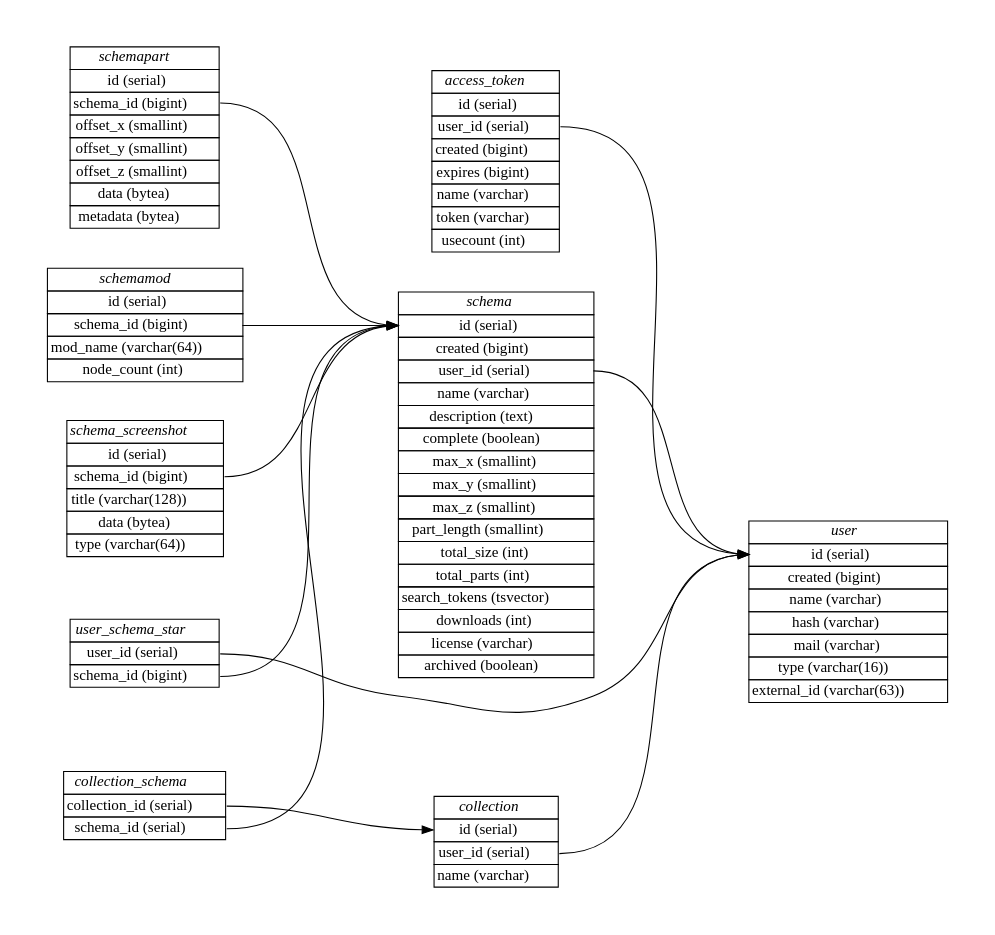
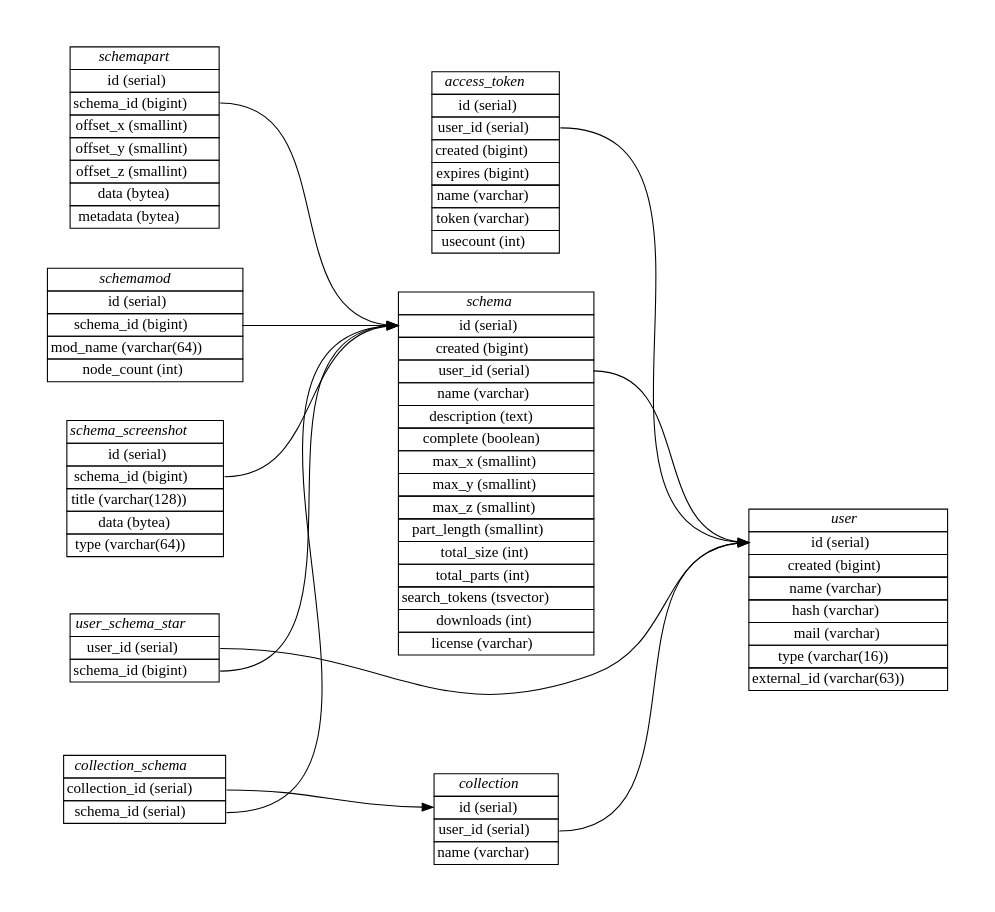
The diagram in doc/database.dot (blockexchange/blockexchange_server), drawn with Graphviz before and after one commit. The commit also changed 5 other files, not shown here.

Commit message:
remove "schema.archived" flag

```diff
--- a/doc/database.dot
+++ b/doc/database.dot
@@ -1,115 +1,114 @@
 digraph {
 	graph [pad="0.5", nodesep="0.5", ranksep="2"];
 	node [shape=plain]
 	rankdir=LR;
 
 	user [label=<
 	<table border="0" cellborder="1" cellspacing="0">
 	  <tr><td><i>user</i></td></tr>
 	  <tr><td port="1">id (serial)</td></tr>
 	  <tr><td port="2">created (bigint)</td></tr>
 	  <tr><td port="3">name (varchar)</td></tr>
 	  <tr><td port="4">hash (varchar)</td></tr>
 	  <tr><td port="5">mail (varchar)</td></tr>
 		<tr><td port="5b">type (varchar(16))</td></tr>
 		<tr><td port="5c">external_id (varchar(63))</td></tr>
 	</table>>];
 
 	access_token [label=<
 	<table border="0" cellborder="1" cellspacing="0">
 	  <tr><td><i>access_token</i></td></tr>
 	  <tr><td port="40">id (serial)</td></tr>
 		<tr><td port="41">user_id (serial)</td></tr>
 		<tr><td port="42">created (bigint)</td></tr>
 		<tr><td port="43">expires (bigint)</td></tr>
 	  <tr><td port="44">name (varchar)</td></tr>
 		<tr><td port="45">token (varchar)</td></tr>
 		<tr><td port="46">usecount (int)</td></tr>
 	</table>>];
 
 
 	schema [label=<
 	<table border="0" cellborder="1" cellspacing="0">
 	  <tr><td><i>schema</i></td></tr>
 	  <tr><td port="6">id (serial)</td></tr>
 	  <tr><td port="7">created (bigint)</td></tr>
 	  <tr><td port="8">user_id (serial)</td></tr>
 		<tr><td port="9">name (varchar)</td></tr>
 	  <tr><td port="10">description (text)</td></tr>
 	  <tr><td port="11">complete (boolean)</td></tr>
 	  <tr><td port="12">max_x (smallint)</td></tr>
 	  <tr><td port="13">max_y (smallint)</td></tr>
 	  <tr><td port="14">max_z (smallint)</td></tr>
 	  <tr><td port="15">part_length (smallint)</td></tr>
 	  <tr><td port="16">total_size (int)</td></tr>
 	  <tr><td port="17">total_parts (int)</td></tr>
 	  <tr><td port="18">search_tokens (tsvector)</td></tr>
 	  <tr><td port="19">downloads (int)</td></tr>
 		<tr><td port="20">license (varchar)</td></tr>
-		<tr><td port="20a">archived (boolean)</td></tr>
 	</table>>];
 
 	schemapart [label=<
 	<table border="0" cellborder="1" cellspacing="0">
 	  <tr><td><i>schemapart</i></td></tr>
 	  <tr><td port="22">id (serial)</td></tr>
 	  <tr><td port="23">schema_id (bigint)</td></tr>
 	  <tr><td port="24">offset_x (smallint)</td></tr>
 	  <tr><td port="25">offset_y (smallint)</td></tr>
 	  <tr><td port="26">offset_z (smallint)</td></tr>
 	  <tr><td port="27">data (bytea)</td></tr>
 	  <tr><td port="28">metadata (bytea)</td></tr>
 	</table>>];
 
 	schemamod [label=<
 	<table border="0" cellborder="1" cellspacing="0">
 	  <tr><td><i>schemamod</i></td></tr>
 	  <tr><td port="29">id (serial)</td></tr>
 	  <tr><td port="30">schema_id (bigint)</td></tr>
 	  <tr><td port="31">mod_name (varchar(64))</td></tr>
 	  <tr><td port="32">node_count (int)</td></tr>
 	</table>>];
 
 	user_schema_star [label=<
 	<table border="0" cellborder="1" cellspacing="0">
 	  <tr><td><i>user_schema_star</i></td></tr>
 	  <tr><td port="33">user_id (serial)</td></tr>
 	  <tr><td port="34">schema_id (bigint)</td></tr>
 	</table>>];
 
 	schema_screenshot [label=<
 	<table border="0" cellborder="1" cellspacing="0">
 	  <tr><td><i>schema_screenshot</i></td></tr>
 	  <tr><td port="35">id (serial)</td></tr>
 	  <tr><td port="36">schema_id (bigint)</td></tr>
 	  <tr><td port="37">title (varchar(128))</td></tr>
 	  <tr><td port="38">data (bytea)</td></tr>
 	  <tr><td port="39">type (varchar(64))</td></tr>
 	</table>>];
 
 	collection [label=<
 	<table border="0" cellborder="1" cellspacing="0">
 	  <tr><td><i>collection</i></td></tr>
 		<tr><td port="50">id (serial)</td></tr>
 	  <tr><td port="51">user_id (serial)</td></tr>
 		<tr><td port="52">name (varchar)</td></tr>
 	</table>>];
 
 	collection_schema [label=<
 	<table border="0" cellborder="1" cellspacing="0">
 	  <tr><td><i>collection_schema</i></td></tr>
 		<tr><td port="61">collection_id (serial)</td></tr>
 		<tr><td port="62">schema_id (serial)</td></tr>
 	</table>>];
 
 	collection_schema:62 -> schema:6;
 	collection_schema:61 -> collection:50;
 	collection:51 -> user:1;
 	schema:8 -> user:1;
 	access_token:41 -> user:1
 	schemapart:23 -> schema:6;
 	schemamod:30 -> schema:6;
 	user_schema_star:33 -> user:1;
 	user_schema_star:34 -> schema:6;
 	schema_screenshot:36 -> schema:6;
 }
```
